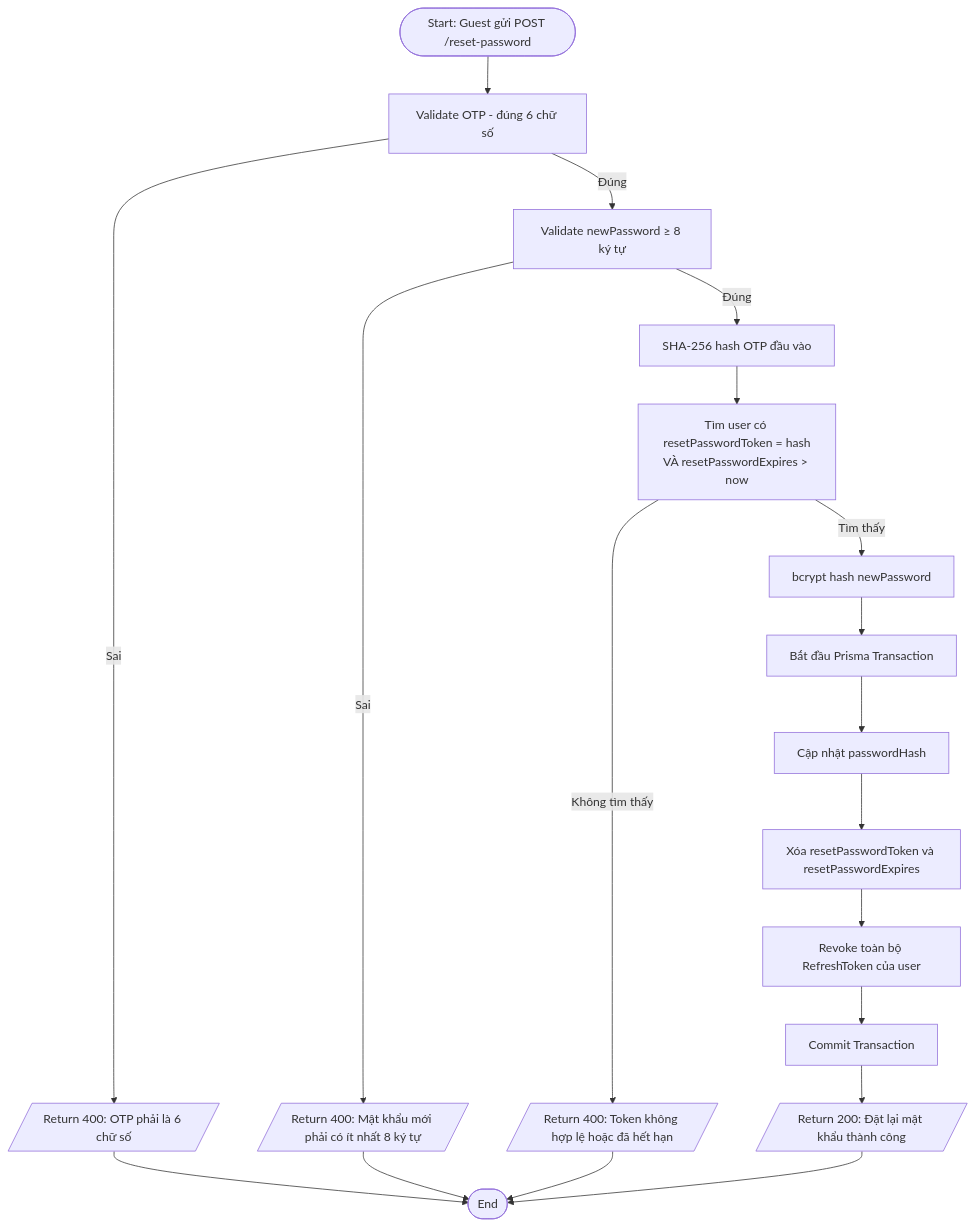
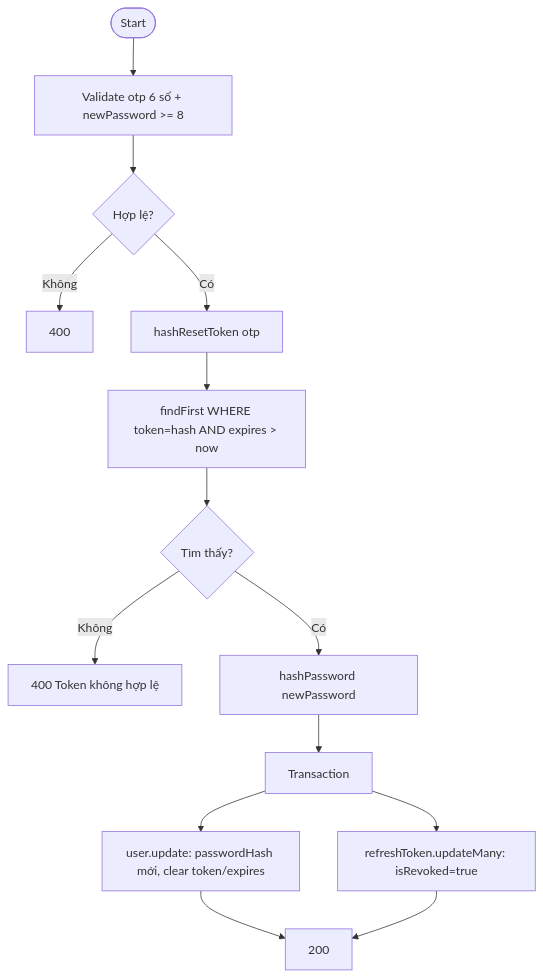
The fifth of 7 diagrams in docs/Auth/ActivityDiagram.md (phamvinh203/mobivexa), drawn with Mermaid before and after one commit. The commit also changed other lines of this file and 79 other files, not shown here.

Commit message:
📜 Add documentation for Inventory and Favorite modules including Use Cases, API Specifications, and Activity Diagrams

````diff
--- a/docs/Auth/ActivityDiagram.md
+++ b/docs/Auth/ActivityDiagram.md
@@ -109,21 +87,16 @@
 ```mermaid
 flowchart TD
-    A([Start: Guest gửi POST /reset-password]) --> B[Validate OTP - đúng 6 chữ số]
-    B -->|Sai| E1[/Return 400: OTP phải là 6 chữ số/]
-    B -->|Đúng| C[Validate newPassword ≥ 8 ký tự]
-    C -->|Sai| E2[/Return 400: Mật khẩu mới phải có ít nhất 8 ký tự/]
-    C -->|Đúng| D[SHA-256 hash OTP đầu vào]
-    D --> E[Tìm user có resetPasswordToken = hash\nVÀ resetPasswordExpires > now]
-    E -->|Không tìm thấy| E3[/Return 400: Token không hợp lệ hoặc đã hết hạn/]
-    E -->|Tìm thấy| F[bcrypt hash newPassword]
-    F --> G[Bắt đầu Prisma Transaction]
-    G --> G1[Cập nhật passwordHash]
-    G1 --> G2[Xóa resetPasswordToken và resetPasswordExpires]
-    G2 --> G3[Revoke toàn bộ RefreshToken của user]
-    G3 --> H[Commit Transaction]
-    H --> I[/Return 200: Đặt lại mật khẩu thành công/]
-    I --> Z([End])
-    E1 --> Z
-    E2 --> Z
-    E3 --> Z
+    A([Start]) --> B[Validate otp 6 số + newPassword >= 8]
+    B --> C{Hợp lệ?}
+    C -- Không --> E1[400]
+    C -- Có --> D[hashResetToken otp]
+    D --> E[findFirst WHERE token=hash AND expires > now]
+    E --> F{Tìm thấy?}
+    F -- Không --> E2[400 Token không hợp lệ]
+    F -- Có --> G[hashPassword newPassword]
+    G --> H[Transaction]
+    H --> H1[user.update: passwordHash mới, clear token/expires]
+    H --> H2[refreshToken.updateMany: isRevoked=true]
+    H1 --> I[200]
+    H2 --> I
 ```
````
